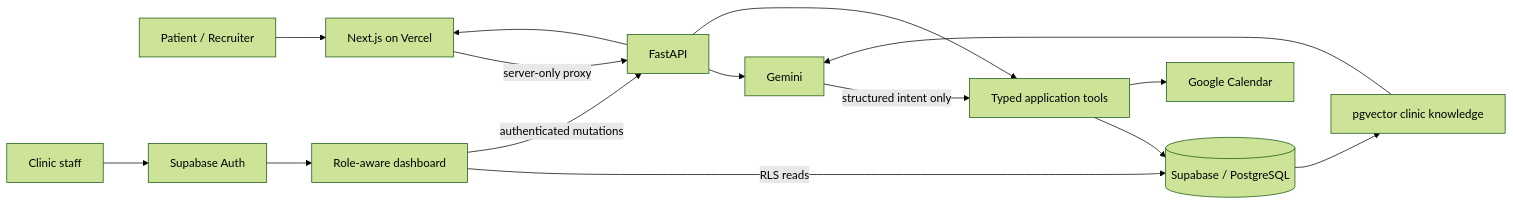
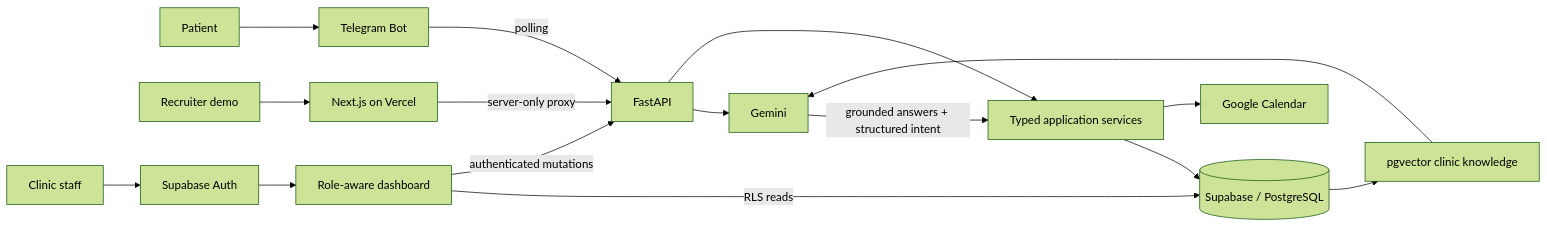
Before and after one commit to Huzaifa-170504/Marina_Smile_AI-Receptionist: the diagram in README.md, drawn with Mermaid (forest theme). The commit also changed other lines of this file and 1 other file, not shown here.

````diff
--- a/README.md
+++ b/README.md
@@ -58,18 +106,20 @@
 ```mermaid
 flowchart LR
-    Patient[Patient / Recruiter] --> UI[Next.js on Vercel]
-    UI -->|server-only proxy| API[FastAPI]
+    Patient[Patient] --> Telegram[Telegram Bot]
+    Telegram -->|polling| API[FastAPI]
     API --> AI[Gemini]
-    API --> Tools[Typed application tools]
-    AI -->|structured intent only| Tools
+    API --> Tools[Typed application services]
+    AI -->|grounded answers + structured intent| Tools
     Tools --> DB[(Supabase / PostgreSQL)]
     Tools --> Calendar[Google Calendar]
     DB --> RAG[pgvector clinic knowledge]
     RAG --> AI
-    API --> UI
+
+    Public[Recruiter demo] --> UI[Next.js on Vercel]
+    UI -->|server-only proxy| API
 
     Staff[Clinic staff] --> Auth[Supabase Auth]
     Auth --> Dashboard[Role-aware dashboard]
     Dashboard -->|RLS reads| DB
     Dashboard -->|authenticated mutations| API
 ```
````
